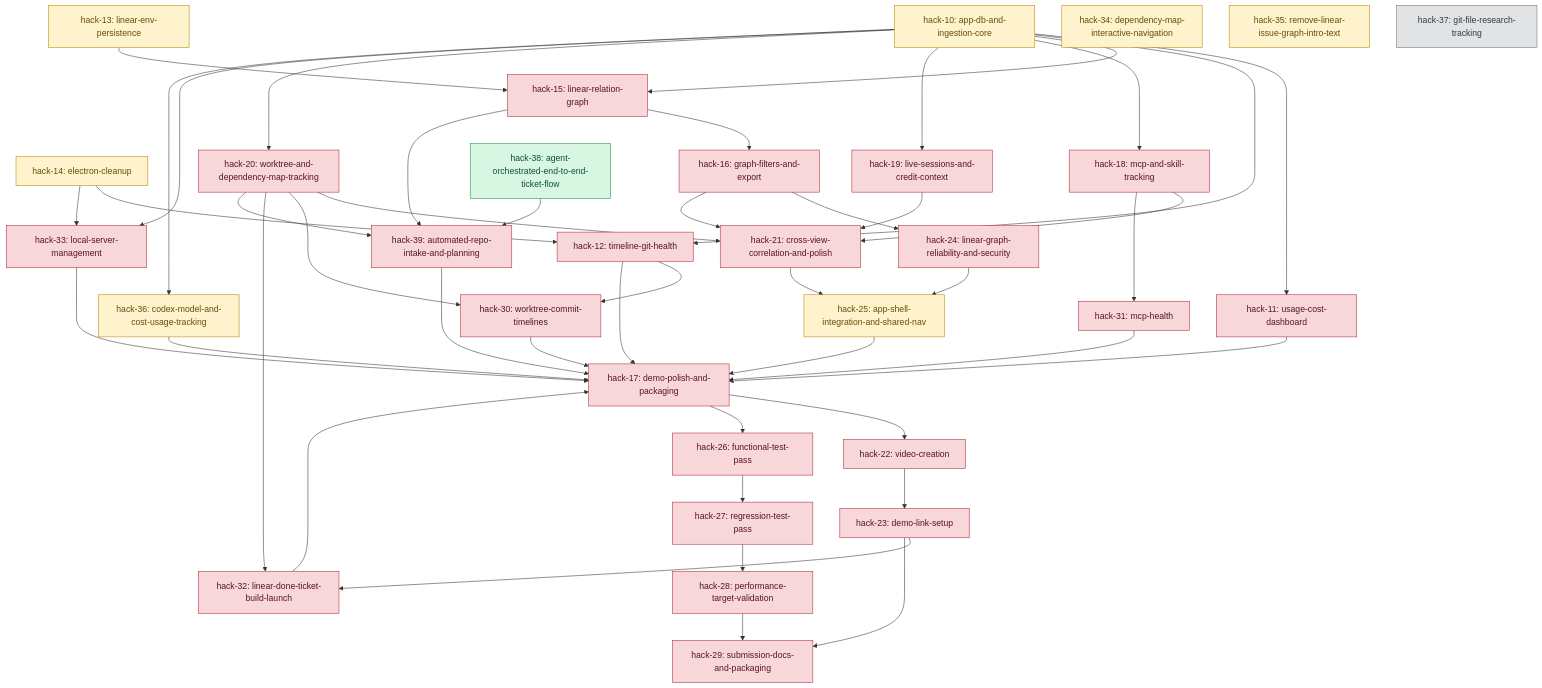
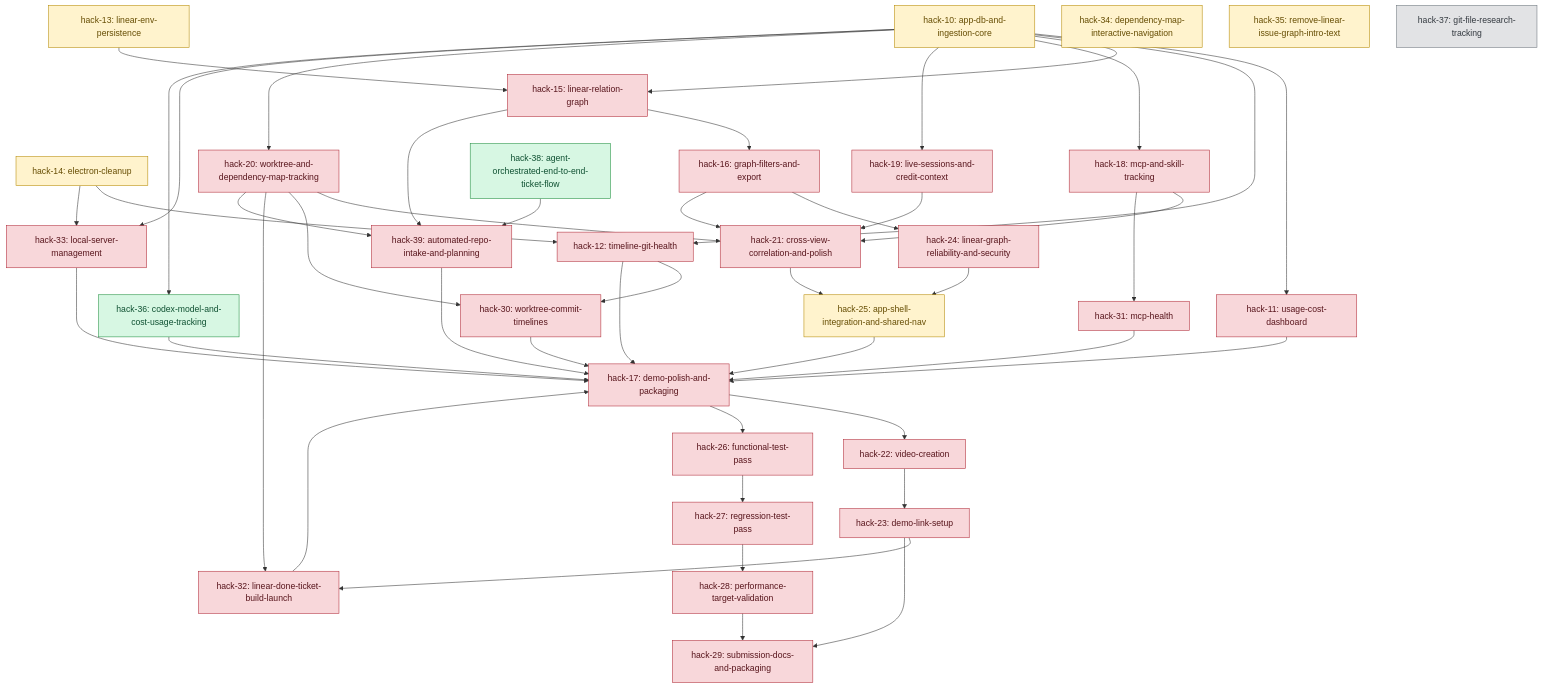
Before and after one commit to jaimindp/codex_monitor: the diagram in DEPENDENCY_MAP.md, drawn with Mermaid.

Commit message:
Reapply "hack-36: mark dependency map task done"
This reverts commit 2f4677ad8a896a8480deaa3be9a156a6031cf072.

```diff
--- a/DEPENDENCY_MAP.md
+++ b/DEPENDENCY_MAP.md
@@ -106,7 +106,7 @@
   class H34 inprog;
   class H25 inprog;
   class H35 inprog;
-  class H36 inprog;
+class H36 done;
   class H38 done;
   class H37 todo;
   class H11,H12,H15,H16,H17,H18,H19,H20,H21,H22,H23,H24,H26,H27,H28,H29,H30,H31,H32,H33,H39 blocked;
```
